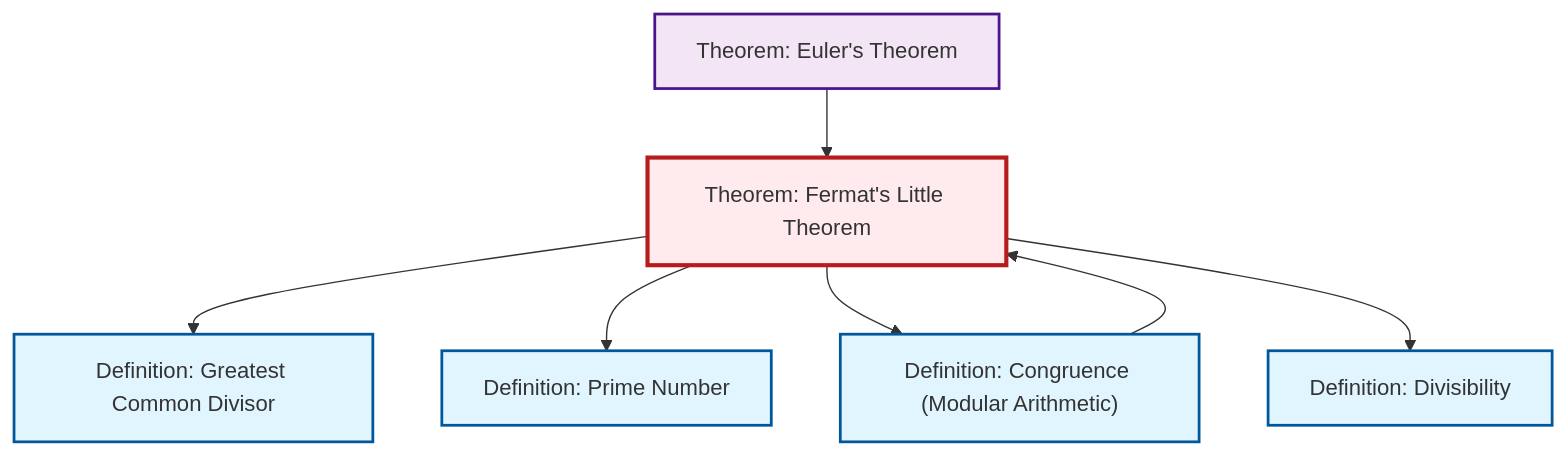
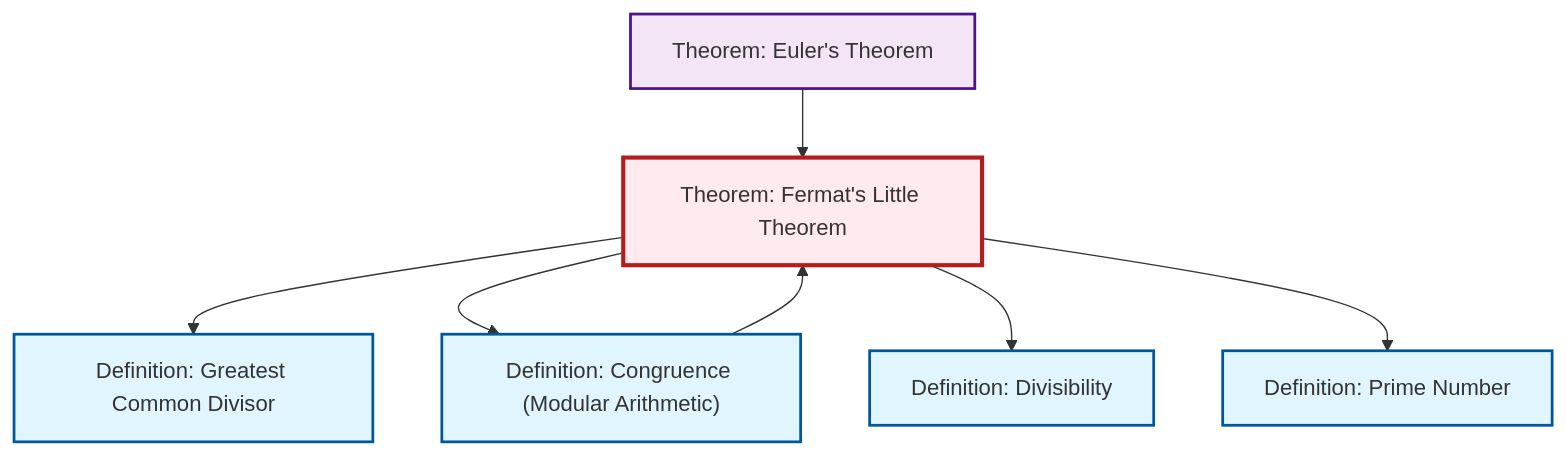
Before and after one commit to RK0429/ModernMath: the diagram in content/en/number-theory/thm-fermat-little.qmd, drawn with Mermaid. The commit also changed other lines of this file and 328 other files, not shown here.

````diff
--- a/content/en/number-theory/thm-fermat-little.qmd
+++ b/content/en/number-theory/thm-fermat-little.qmd
@@ -90,27 +90,27 @@
 ```{mermaid}
 %%| fig-cap: "Local dependency graph"
 graph TD
     classDef definition fill:#e1f5fe,stroke:#01579b,stroke-width:2px
     classDef theorem fill:#f3e5f5,stroke:#4a148c,stroke-width:2px
     classDef axiom fill:#fff3e0,stroke:#e65100,stroke-width:2px
     classDef example fill:#e8f5e9,stroke:#1b5e20,stroke-width:2px
     classDef current fill:#ffebee,stroke:#b71c1c,stroke-width:3px
+    thm-euler["Theorem: Euler's Theorem"]:::theorem
     thm-fermat-little["Theorem: Fermat's Little Theorem"]:::theorem
-    thm-euler["Theorem: Euler's Theorem"]:::theorem
+    def-divisibility["Definition: Divisibility"]:::definition
     def-congruence["Definition: Congruence (Modular Arithmetic)"]:::definition
+    def-gcd["Definition: Greatest Common Divisor"]:::definition
     def-prime["Definition: Prime Number"]:::definition
-    def-gcd["Definition: Greatest Common Divisor"]:::definition
-    def-divisibility["Definition: Divisibility"]:::definition
     thm-fermat-little --> def-gcd
-    thm-fermat-little --> def-prime
     def-congruence --> thm-fermat-little
     thm-fermat-little --> def-congruence
+    thm-euler --> thm-fermat-little
     thm-fermat-little --> def-divisibility
-    thm-euler --> thm-fermat-little
+    thm-fermat-little --> def-prime
     class thm-fermat-little current
     click thm-euler "thm-euler.html" "Go to Euler's Theorem theorem"
+    click def-divisibility "def-divisibility.html" "Go to Divisibility definition"
     click def-congruence "def-congruence.html" "Go to Congruence (Modular Arithmetic) definition"
+    click def-gcd "def-gcd.html" "Go to Greatest Common Divisor definition"
     click def-prime "def-prime.html" "Go to Prime Number definition"
-    click def-gcd "def-gcd.html" "Go to Greatest Common Divisor definition"
-    click def-divisibility "def-divisibility.html" "Go to Divisibility definition"
 ```
````
